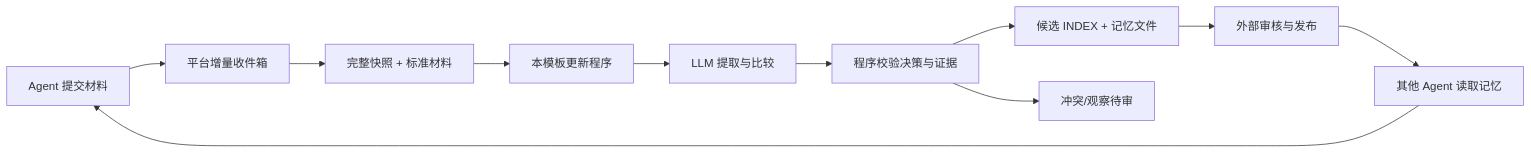
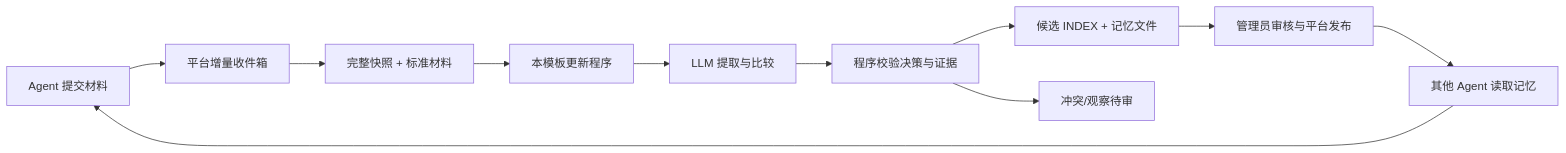
Before and after one commit to oh-my-harness/folder-kb-memory-template: the diagram in README.md, drawn with Mermaid. The commit also changed other lines of this file and 1 other file, not shown here.

````diff
--- a/README.md
+++ b/README.md
@@ -65,13 +65,13 @@
 ```mermaid
 flowchart LR
   A[Agent 提交材料] --> B[平台增量收件箱]
   B --> C[完整快照 + 标准材料]
   C --> D[本模板更新程序]
   D --> E[LLM 提取与比较]
   E --> F[程序校验决策与证据]
   F --> G[候选 INDEX + 记忆文件]
   F --> H[冲突/观察待审]
-  G --> I[外部审核与发布]
+  G --> I[管理员审核与平台发布]
   I --> J[其他 Agent 读取记忆]
   J --> A
 ```
````
